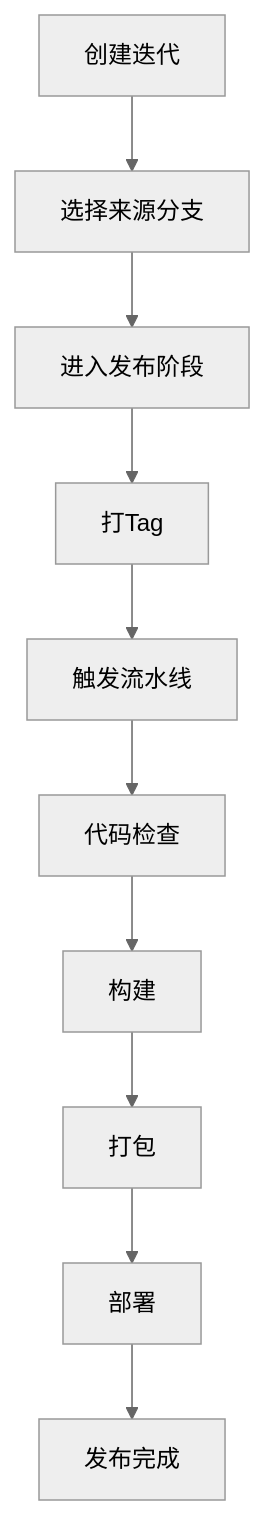
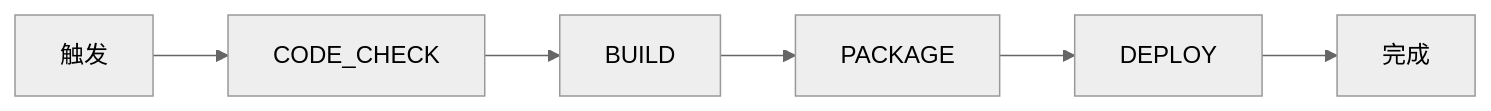
One commit to qdw497874677/high-code-doc changed the third of 7 diagrams in docs/plans/procode-platform/hld/hld.md. Above: the diagram before and after it, drawn with Mermaid (neutral theme). The commit also changed other lines of this file, not shown here.

````diff
--- a/docs/plans/procode-platform/hld/hld.md
+++ b/docs/plans/procode-platform/hld/hld.md
@@ -93,12 +133,8 @@
 ```mermaid
-flowchart TD
-    A[创建迭代] --> B[选择来源分支]
-    B --> C[进入发布阶段]
-    C --> D[打Tag]
-    D --> E[触发流水线]
-    E --> F[代码检查]
-    F --> G[构建]
-    G --> H[打包]
-    H --> I[部署]
-    I --> J[发布完成]
+flowchart LR
+    A[触发] --> B[CODE_CHECK]
+    B --> C[BUILD]
+    C --> D[PACKAGE]
+    D --> E[DEPLOY]
+    E --> F[完成]
 ```
````
